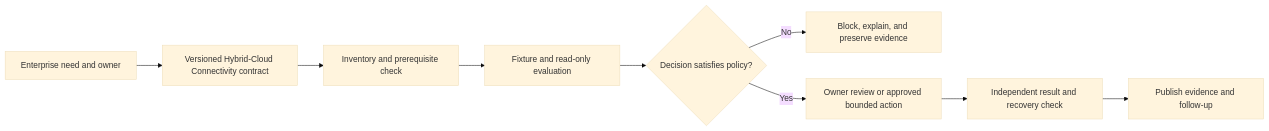
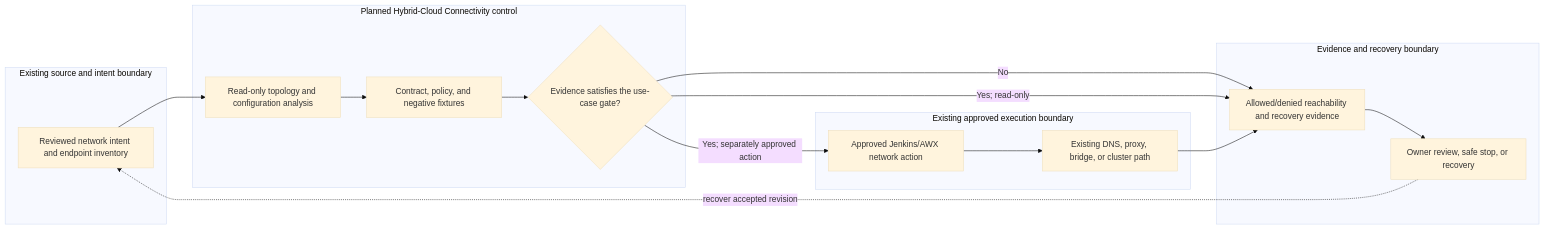
Before and after one commit to MIDHTECH/enterprise-architecture-docs: the diagram in docs/use-cases/network/UC-NET-017-hybrid-cloud-connectivity.md, drawn with Mermaid (base theme). The commit also changed other lines of this file and 227 other files, not shown here.

Commit message:
Deepen architecture for all use case designs

````diff
--- a/docs/use-cases/network/UC-NET-017-hybrid-cloud-connectivity.md
+++ b/docs/use-cases/network/UC-NET-017-hybrid-cloud-connectivity.md
@@ -136,11 +129,25 @@
 ```mermaid
 flowchart LR
-    Need["Enterprise need and owner"] --> Contract["Versioned Hybrid-Cloud Connectivity contract"]
-    Contract --> Preflight["Inventory and prerequisite check"]
-    Preflight --> Evaluate["Fixture and read-only evaluation"]
-    Evaluate --> Decision{"Decision satisfies policy?"}
-    Decision -->|No| Stop["Block, explain, and preserve evidence"]
-    Decision -->|Yes| Review["Owner review or approved bounded action"]
-    Review --> Verify["Independent result and recovery check"]
-    Verify --> Publish["Publish evidence and follow-up"]
+    subgraph Source["Existing source and intent boundary"]
+        A["Reviewed network intent and endpoint inventory"]
+    end
+    subgraph Planned["Planned Hybrid-Cloud Connectivity control"]
+        B["Read-only topology and configuration analysis"]
+        C["Contract, policy, and negative fixtures"]
+        D{"Evidence satisfies the use-case gate?"}
+    end
+    subgraph Runtime["Existing approved execution boundary"]
+        E["Approved Jenkins/AWX network action"]
+        F["Existing DNS, proxy, bridge, or cluster path"]
+    end
+    subgraph Assurance["Evidence and recovery boundary"]
+        G["Allowed/denied reachability and recovery evidence"]
+        H["Owner review, safe stop, or recovery"]
+    end
+
+    A --> B --> C --> D
+    D -->|No| G --> H
+    D -->|Yes; read-only| G
+    D -->|Yes; separately approved action| E --> F --> G
+    H -. recover accepted revision .-> A
 ```
````
